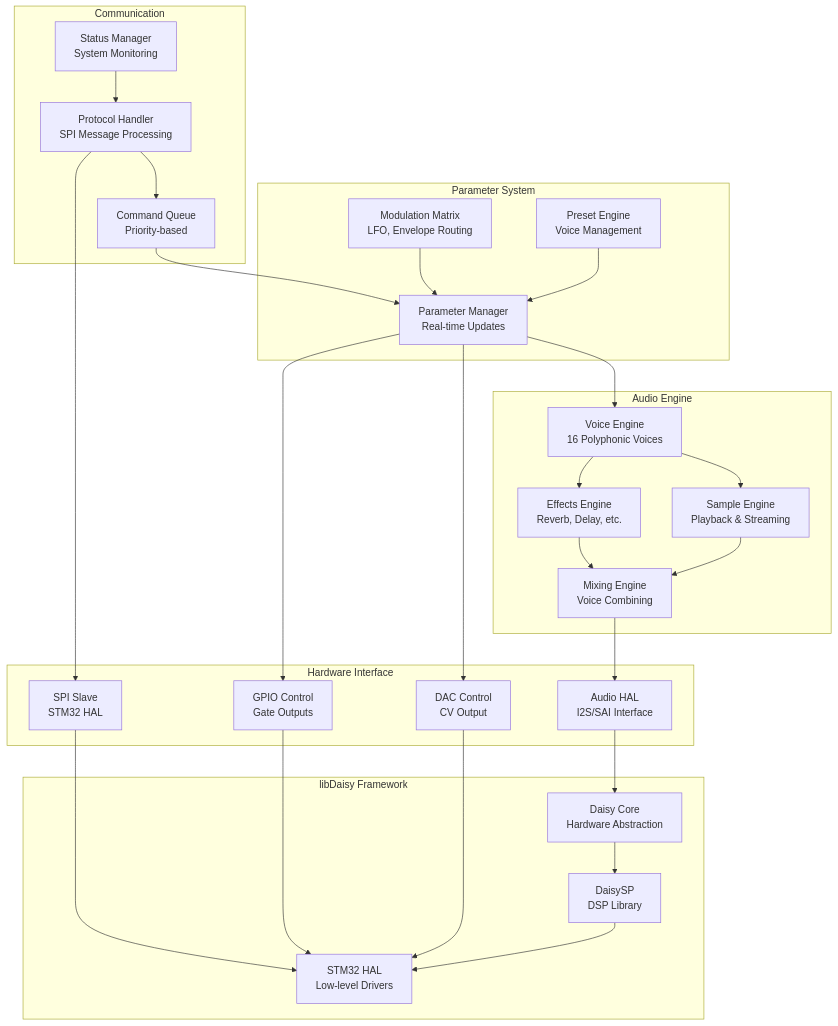
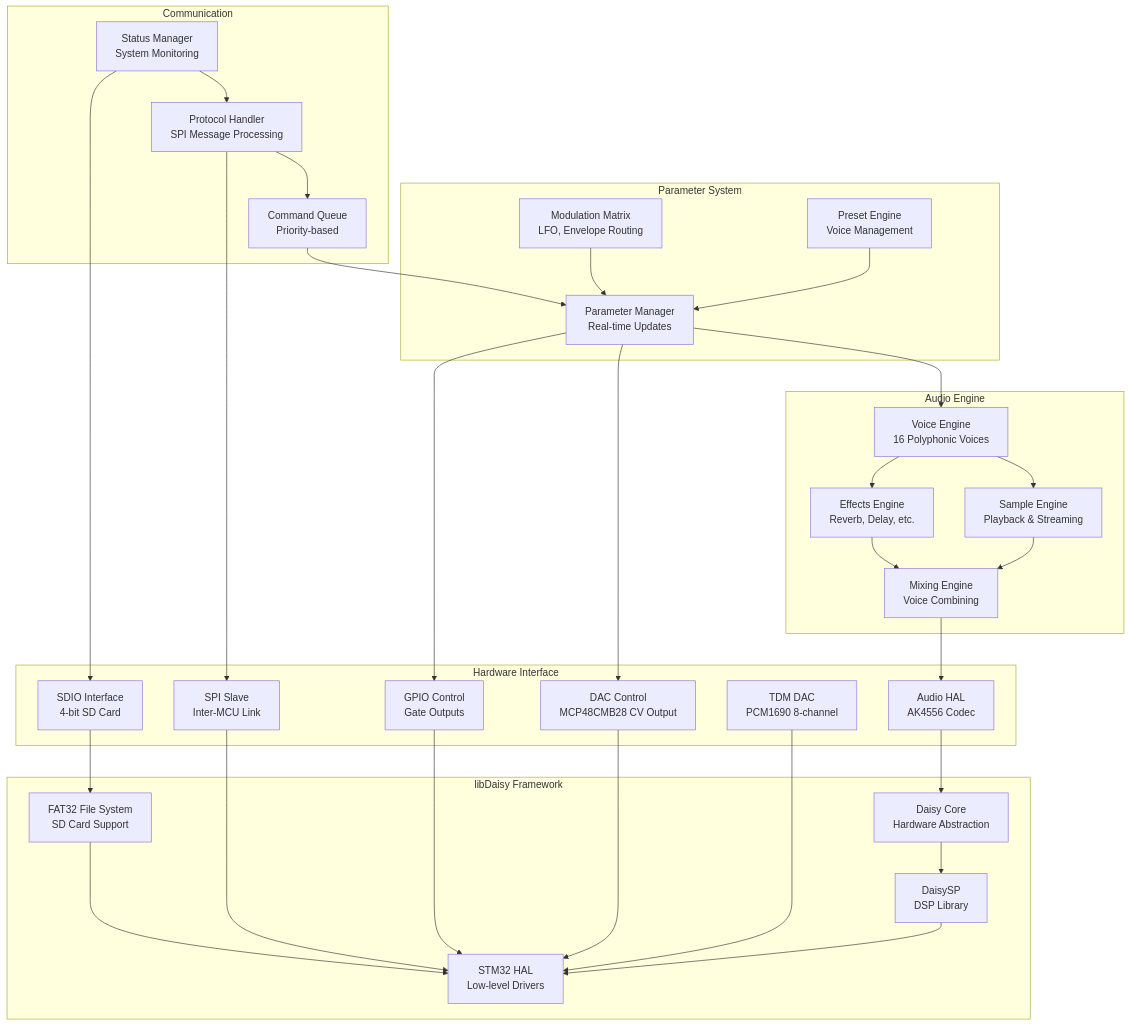
Before and after one commit to pmorgantech/WaveX: the fourth of 7 diagrams in docs/system-architecture.md, drawn with Mermaid. The commit also changed other lines of this file and 44 other files, not shown here.

````diff
--- a/docs/system-architecture.md
+++ b/docs/system-architecture.md
@@ -163,60 +185,67 @@
 ```mermaid
 graph TD
     subgraph "Audio Engine"
         VOICE_ENG[Voice Engine<br/>16 Polyphonic Voices]
         SAMPLE_ENG[Sample Engine<br/>Playback & Streaming]
         EFFECT_ENG[Effects Engine<br/>Reverb, Delay, etc.]
         MIX_ENG[Mixing Engine<br/>Voice Combining]
     end
-    
+
     subgraph "Parameter System"
         PARAM_MGR[Parameter Manager<br/>Real-time Updates]
         MOD_MATRIX[Modulation Matrix<br/>LFO, Envelope Routing]
         PRESET_ENG[Preset Engine<br/>Voice Management]
     end
-    
+
     subgraph "Communication"
         PROTOCOL[Protocol Handler<br/>SPI Message Processing]
         CMD_QUEUE[Command Queue<br/>Priority-based]
         STATUS_MGR[Status Manager<br/>System Monitoring]
     end
-    
+
     subgraph "Hardware Interface"
-        AUDIO_HAL[Audio HAL<br/>I2S/SAI Interface]
-        SPI_HAL[SPI Slave<br/>STM32 HAL]
-        DAC_HAL[DAC Control<br/>CV Output]
+        AUDIO_HAL[Audio HAL<br/>AK4556 Codec]
+        SPI_SLAVE[SPI Slave<br/>Inter-MCU Link]
+        DAC_HAL[DAC Control<br/>MCP48CMB28 CV Output]
+        SDIO_HAL[SDIO Interface<br/>4-bit SD Card]
+        TDM_HAL[TDM DAC<br/>PCM1690 8-channel]
         GPIO_HAL[GPIO Control<br/>Gate Outputs]
     end
-    
+
     subgraph "libDaisy Framework"
         DAISY_CORE[Daisy Core<br/>Hardware Abstraction]
         DAISYSP[DaisySP<br/>DSP Library]
+        FATFS[FAT32 File System<br/>SD Card Support]
         HAL_DRIVERS[STM32 HAL<br/>Low-level Drivers]
     end
     
     VOICE_ENG --> SAMPLE_ENG
     VOICE_ENG --> EFFECT_ENG
     SAMPLE_ENG --> MIX_ENG
     EFFECT_ENG --> MIX_ENG
-    
+
     PARAM_MGR --> VOICE_ENG
     MOD_MATRIX --> PARAM_MGR
     PRESET_ENG --> PARAM_MGR
-    
+
     PROTOCOL --> CMD_QUEUE
     CMD_QUEUE --> PARAM_MGR
     STATUS_MGR --> PROTOCOL
-    
+
     MIX_ENG --> AUDIO_HAL
     PARAM_MGR --> DAC_HAL
     PARAM_MGR --> GPIO_HAL
-    PROTOCOL --> SPI_HAL
-    
+    PROTOCOL --> SPI_SLAVE
+    STATUS_MGR --> SDIO_HAL
+
     AUDIO_HAL --> DAISY_CORE
-    SPI_HAL --> HAL_DRIVERS
+    SPI_SLAVE --> HAL_DRIVERS
     DAC_HAL --> HAL_DRIVERS
+    SDIO_HAL --> FATFS
+    TDM_HAL --> HAL_DRIVERS
     GPIO_HAL --> HAL_DRIVERS
-    
+
     DAISY_CORE --> DAISYSP
+    FATFS --> HAL_DRIVERS
     DAISYSP --> HAL_DRIVERS
 ```
````
